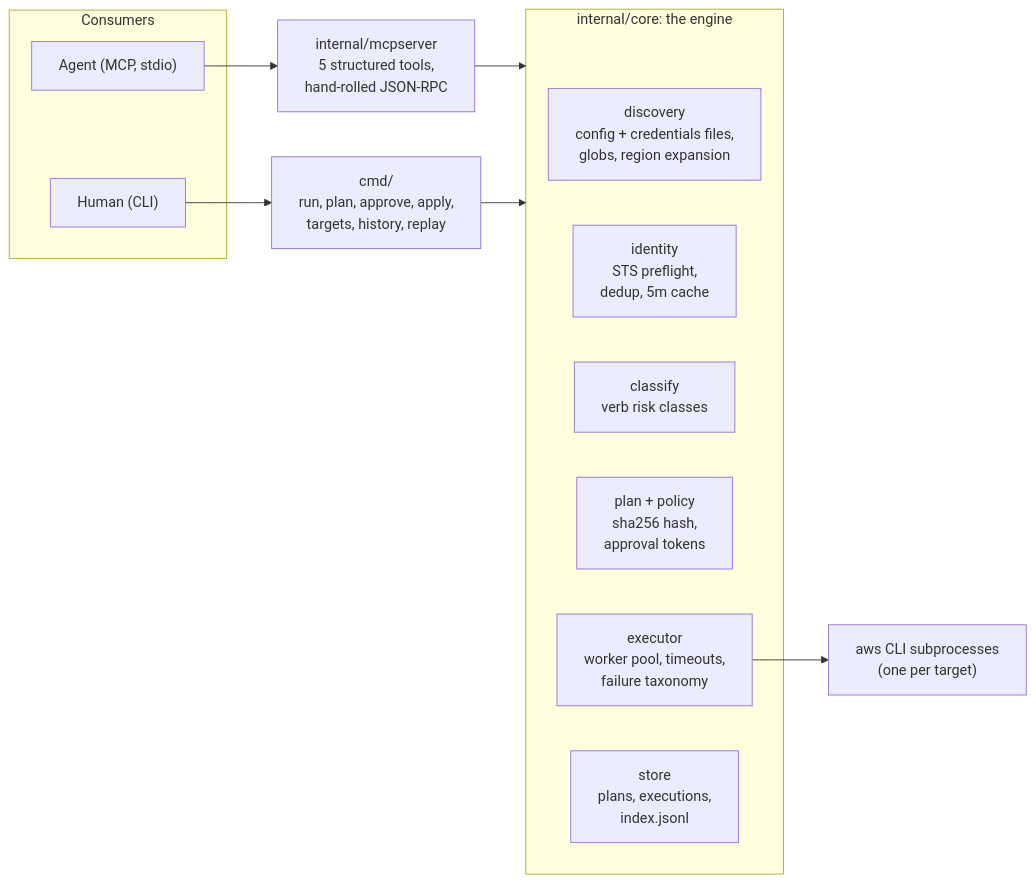
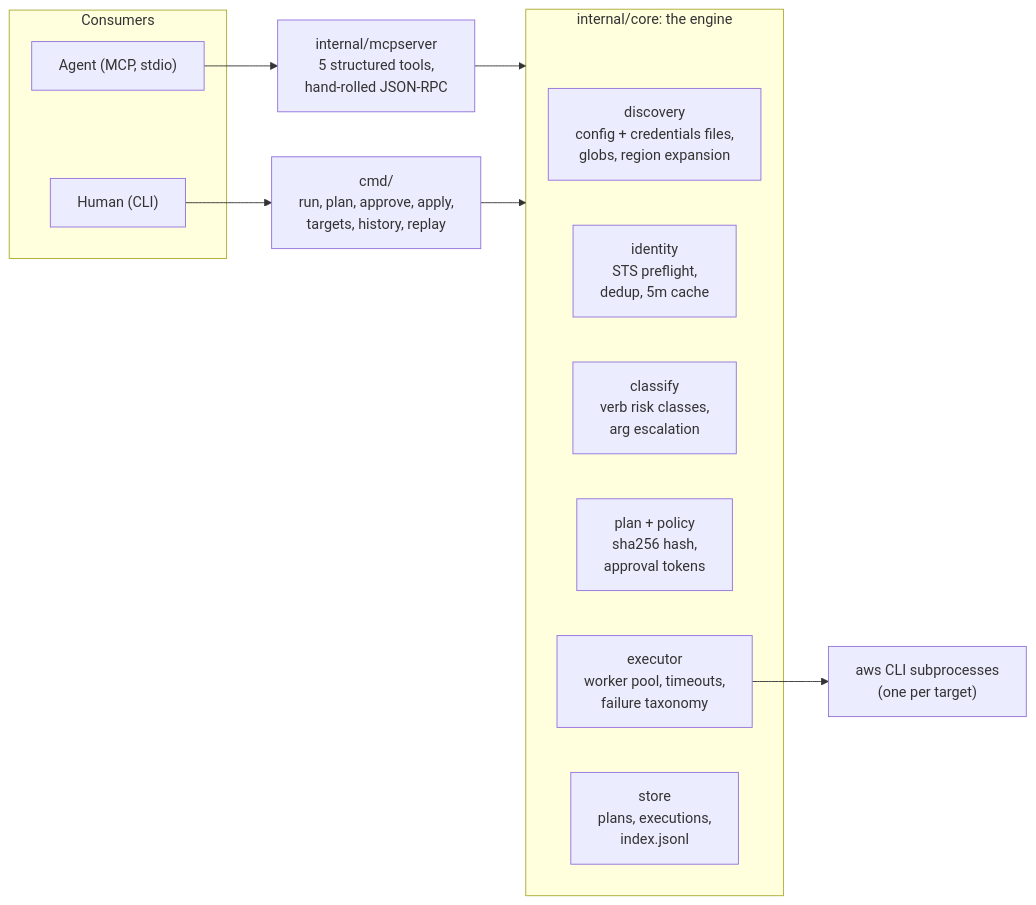
One commit to 0hardik1/awsmux changed the first of 2 diagrams in docs/ARCHITECTURE.md. Above: the diagram before and after it, drawn with Mermaid. The commit also changed other lines of this file and 9 other files, not shown here.

````diff
--- a/docs/ARCHITECTURE.md
+++ b/docs/ARCHITECTURE.md
@@ -7,20 +7,20 @@
 ```mermaid
 flowchart LR
     subgraph consumers [Consumers]
         AG["Agent (MCP, stdio)"]
         HU["Human (CLI)"]
     end
     AG --> MCP["internal/mcpserver<br/>5 structured tools,<br/>hand-rolled JSON-RPC"]
     HU --> CMD["cmd/<br/>run, plan, approve, apply,<br/>targets, history, replay"]
     MCP --> CORE
     CMD --> CORE
     subgraph CORE [internal/core: the engine]
         DISC["discovery<br/>config + credentials files,<br/>globs, region expansion"]
         IDEN["identity<br/>STS preflight,<br/>dedup, 5m cache"]
-        CLS["classify<br/>verb risk classes"]
+        CLS["classify<br/>verb risk classes,<br/>arg escalation"]
         PLAN["plan + policy<br/>sha256 hash,<br/>approval tokens"]
         EXEC["executor<br/>worker pool, timeouts,<br/>failure taxonomy"]
         STORE["store<br/>plans, executions,<br/>index.jsonl"]
     end
     EXEC --> AWS["aws CLI subprocesses<br/>(one per target)"]
 ```
````
